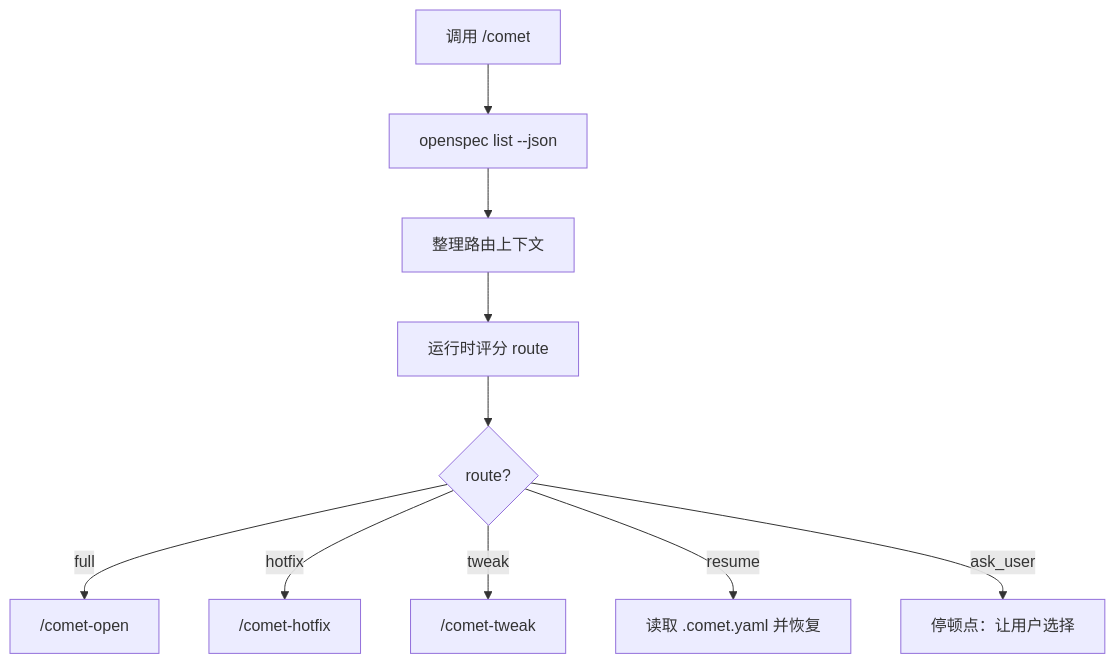
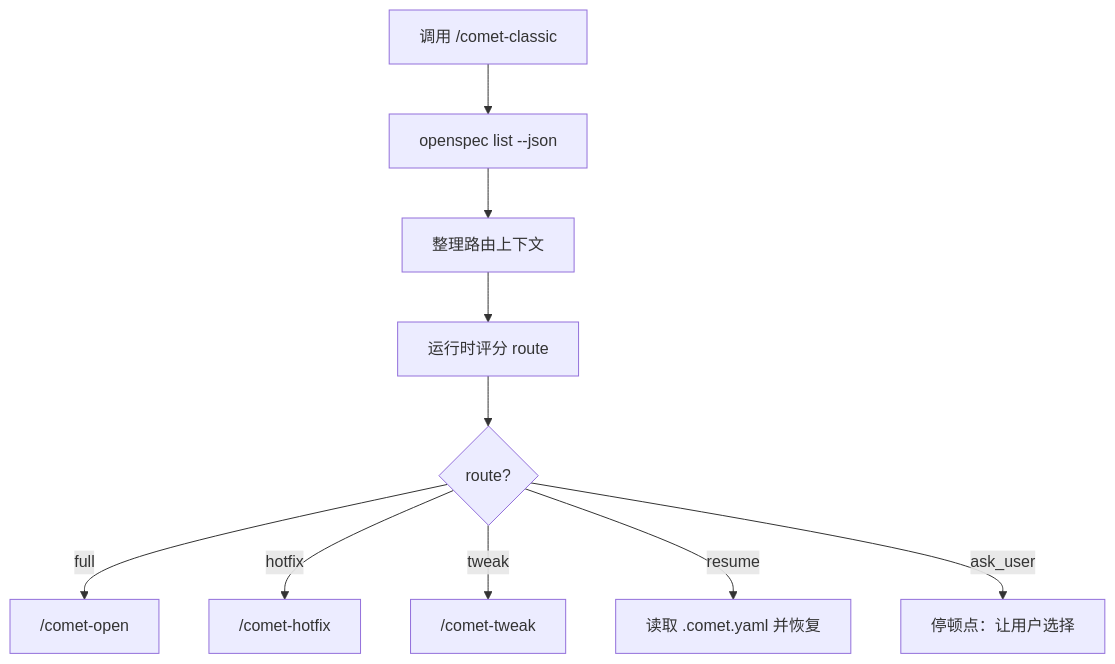
Before and after one commit to rpamis/comet-website-docs: the fifth of 5 diagrams in zh/concepts/workflow.mdx, drawn with Mermaid. The commit also changed other lines of this file and 65 other files, not shown here.

````diff
--- a/zh/concepts/workflow.mdx
+++ b/zh/concepts/workflow.mdx
@@ -289,12 +300,12 @@
 ```mermaid
 flowchart TD
-  A["调用 /comet"] --> B["openspec list --json"]
+  A["调用 /comet-classic"] --> B["openspec list --json"]
   B --> C["整理路由上下文"]
   C --> D["运行时评分 route"]
   D --> E{"route?"}
   E -->|full| F["/comet-open"]
   E -->|hotfix| G["/comet-hotfix"]
   E -->|tweak| H["/comet-tweak"]
   E -->|resume| I["读取 .comet.yaml 并恢复"]
   E -->|ask_user| J["停顿点：让用户选择"]
 ```
````
